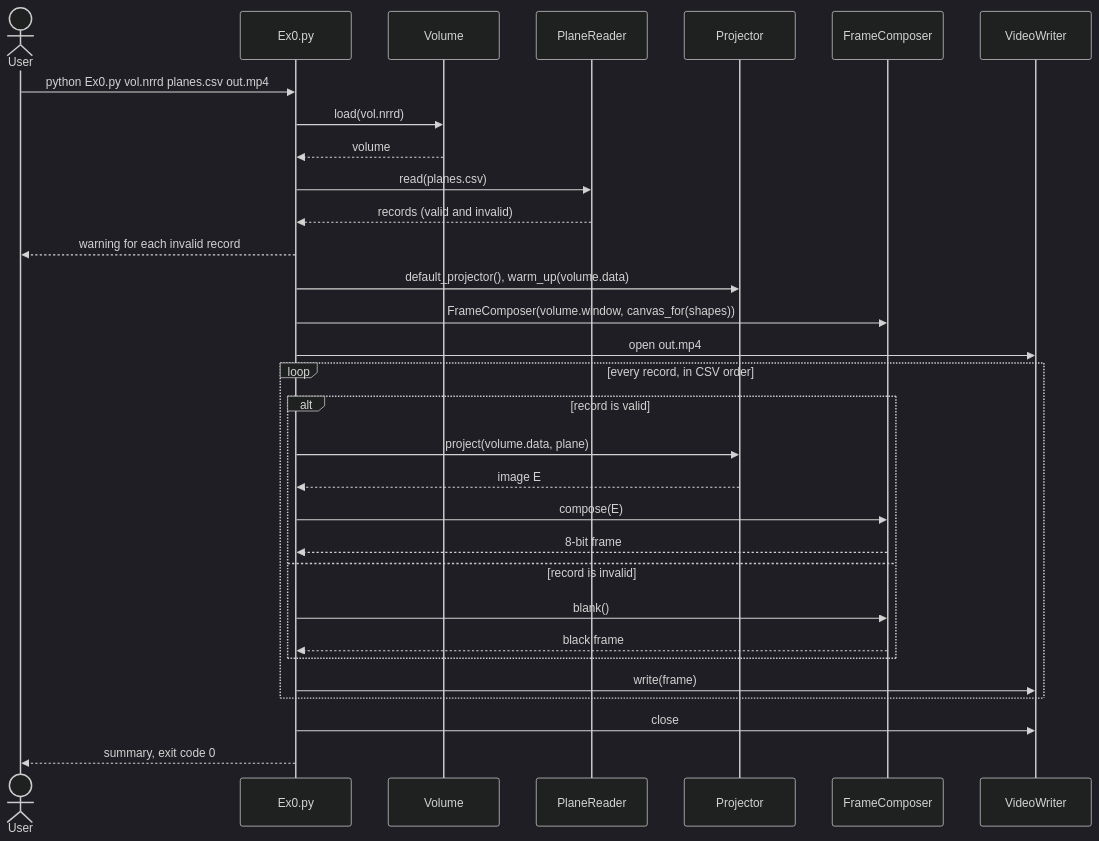
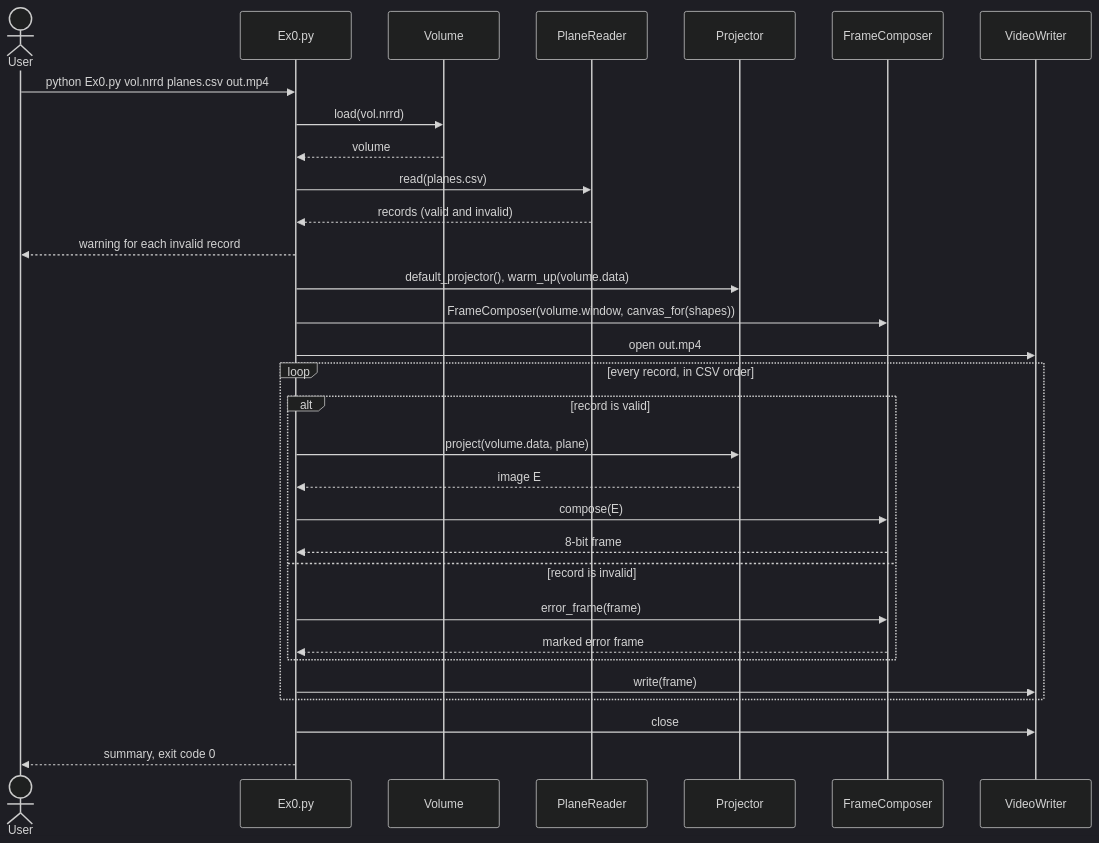
One commit to dniel1754-hub/Ex1-Algorithm changed the fourth of 4 diagrams in SDD.md. Above: the diagram before and after it, drawn with Mermaid (dark theme). The commit also changed other lines of this file and 10 other files, not shown here.

Commit message:
Docs: ADR-0005 marked error frames, ADR-0001 Q&A note, traceability, and explanation

````diff
--- a/SDD.md
+++ b/SDD.md
@@ -144,33 +145,33 @@
 ```mermaid
 sequenceDiagram
     actor User
     participant CLI as Ex0.py
     participant Vol as Volume
     participant Rd as PlaneReader
     participant Pr as Projector
     participant Co as FrameComposer
     participant Wr as VideoWriter
     User->>CLI: python Ex0.py vol.nrrd planes.csv out.mp4
     CLI->>Vol: load(vol.nrrd)
     Vol-->>CLI: volume
     CLI->>Rd: read(planes.csv)
     Rd-->>CLI: records (valid and invalid)
     CLI-->>User: warning for each invalid record
     CLI->>Pr: default_projector(), warm_up(volume.data)
     CLI->>Co: FrameComposer(volume.window, canvas_for(shapes))
     CLI->>Wr: open out.mp4
     loop every record, in CSV order
         alt record is valid
             CLI->>Pr: project(volume.data, plane)
             Pr-->>CLI: image E
             CLI->>Co: compose(E)
             Co-->>CLI: 8-bit frame
         else record is invalid
-            CLI->>Co: blank()
-            Co-->>CLI: black frame
+            CLI->>Co: error_frame(frame)
+            Co-->>CLI: marked error frame
         end
         CLI->>Wr: write(frame)
     end
     CLI->>Wr: close
     CLI-->>User: summary, exit code 0
 ```
````
